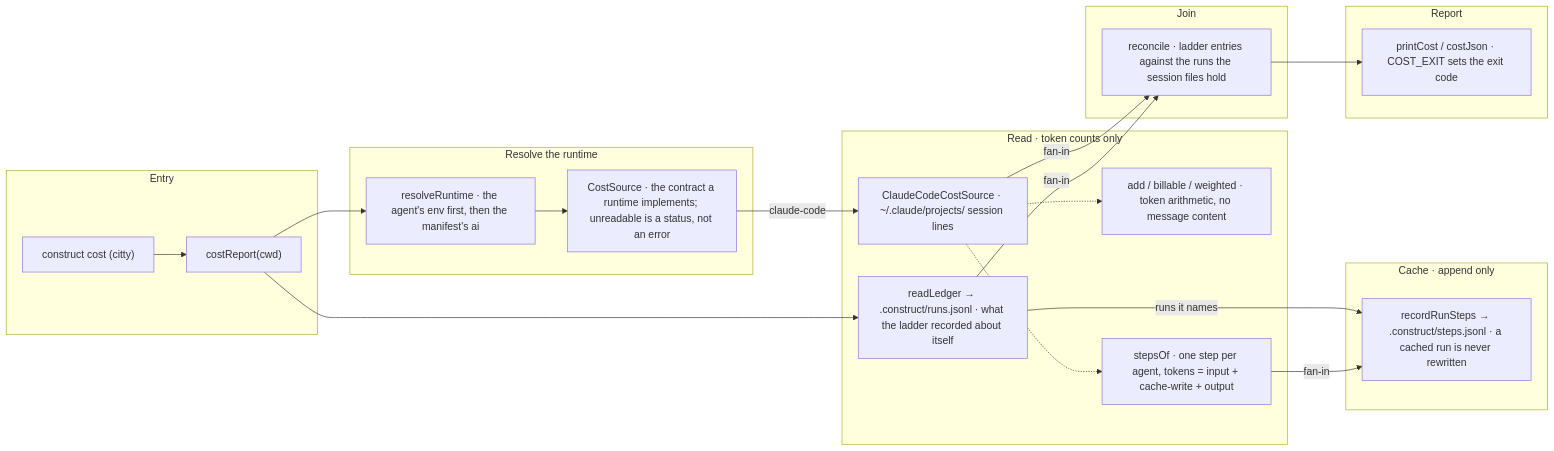
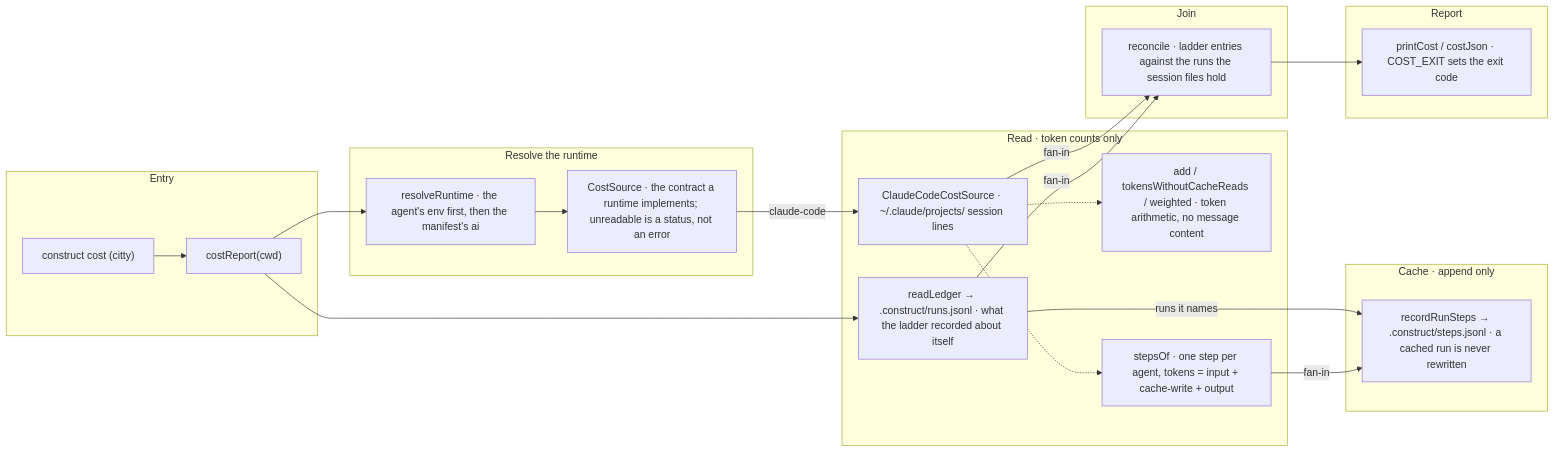
Before and after one commit to E1i/mikoshi-construct: the diagram in architecture/cost.md, drawn with Mermaid. The commit also changed 15 other files, not shown here.

First line of the commit message:
feat(cost): the user's EXPECT names the ladder's coverage and cost totals drop cache reads (#168)

````diff
--- a/architecture/cost.md
+++ b/architecture/cost.md
@@ -10,38 +10,38 @@
 ```mermaid
 flowchart LR
   subgraph b_entry["Entry"]
     cli["construct cost (citty)"]
     run["costReport(cwd)"]
   end
   subgraph b_resolve["Resolve the runtime"]
     runtime["resolveRuntime · the agent's env first, then the manifest's ai"]
     source["CostSource · the contract a runtime implements; unreadable is a status, not an error"]
   end
   subgraph b_read["Read · token counts only"]
     claude["ClaudeCodeCostSource · ~/.claude/projects/<key> session lines"]
-    usage["add / billable / weighted · token arithmetic, no message content"]
+    usage["add / tokensWithoutCacheReads / weighted · token arithmetic, no message content"]
     ledger["readLedger → .construct/runs.jsonl · what the ladder recorded about itself"]
     steps["stepsOf · one step per agent, tokens = input + cache-write + output"]
   end
   subgraph b_join["Join"]
     reconcile["reconcile · ladder entries against the runs the session files hold"]
   end
   subgraph b_cache["Cache · append only"]
     stepCache["recordRunSteps → .construct/steps.jsonl · a cached run is never rewritten"]
   end
   subgraph b_report["Report"]
     print["printCost / costJson · COST_EXIT sets the exit code"]
   end
   cli --> run
   run --> runtime
   runtime --> source
   source -->|"claude-code"| claude
   claude -.-> usage
   run --> ledger
   claude -->|"fan-in"| reconcile
   ledger -->|"fan-in"| reconcile
   reconcile --> print
   claude -.-> steps
   ledger -->|"runs it names"| stepCache
   steps -->|"fan-in"| stepCache
 ```
````
